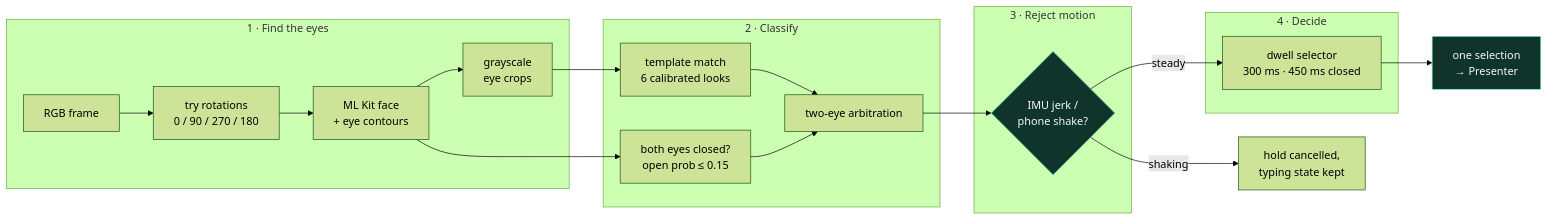
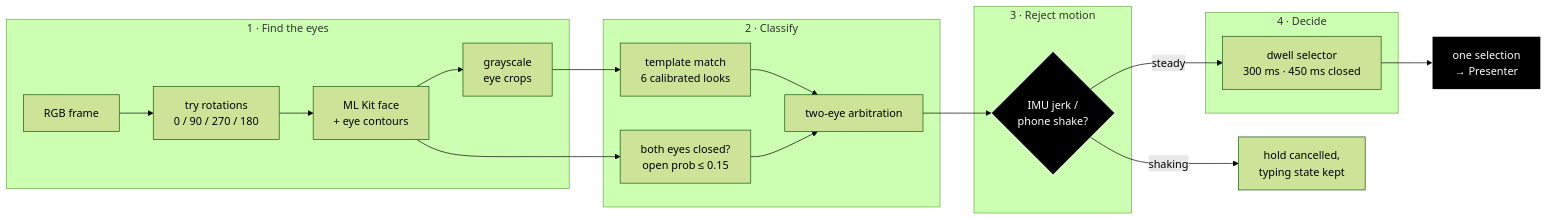
Before and after one commit to mridulbansal4/Vakyam_2: the third of 3 diagrams in README.md, drawn with Mermaid (forest theme). The commit also changed other lines of this file and 1 other file, not shown here.

````diff
--- a/README.md
+++ b/README.md
@@ -322,29 +326,29 @@
 ```mermaid
 flowchart LR
     subgraph S1["1 · Find the eyes"]
         FR["RGB frame"] --> ROT["try rotations<br/>0 / 90 / 270 / 180"]
         ROT --> MLK["ML Kit face<br/>+ eye contours"]
         MLK --> CROP["grayscale<br/>eye crops"]
     end
     subgraph S2["2 · Classify"]
         TM["template match<br/>6 calibrated looks"]
         CL["both eyes closed?<br/>open prob ≤ 0.15"]
         ARB["two-eye arbitration"]
         TM --> ARB
         CL --> ARB
     end
     subgraph S3["3 · Reject motion"]
         JERK{"IMU jerk /<br/>phone shake?"}
     end
     subgraph S4["4 · Decide"]
         DW["dwell selector<br/>300 ms · 450 ms closed"]
     end
     CROP --> TM
     MLK --> CL
     ARB --> JERK
     JERK -- steady --> DW
     JERK -- shaking --> X["hold cancelled,<br/>typing state kept"]
     DW --> OUT["one selection<br/>→ Presenter"]
-    style JERK fill:#10332b,stroke:#3ddc97,color:#f3fbf7
-    style OUT fill:#10332b,stroke:#7cf0c0,color:#f3fbf7
+    style JERK fill:#000000,stroke:#ffffff,color:#ffffff
+    style OUT fill:#000000,stroke:#ffffff,color:#ffffff
 ```
````
